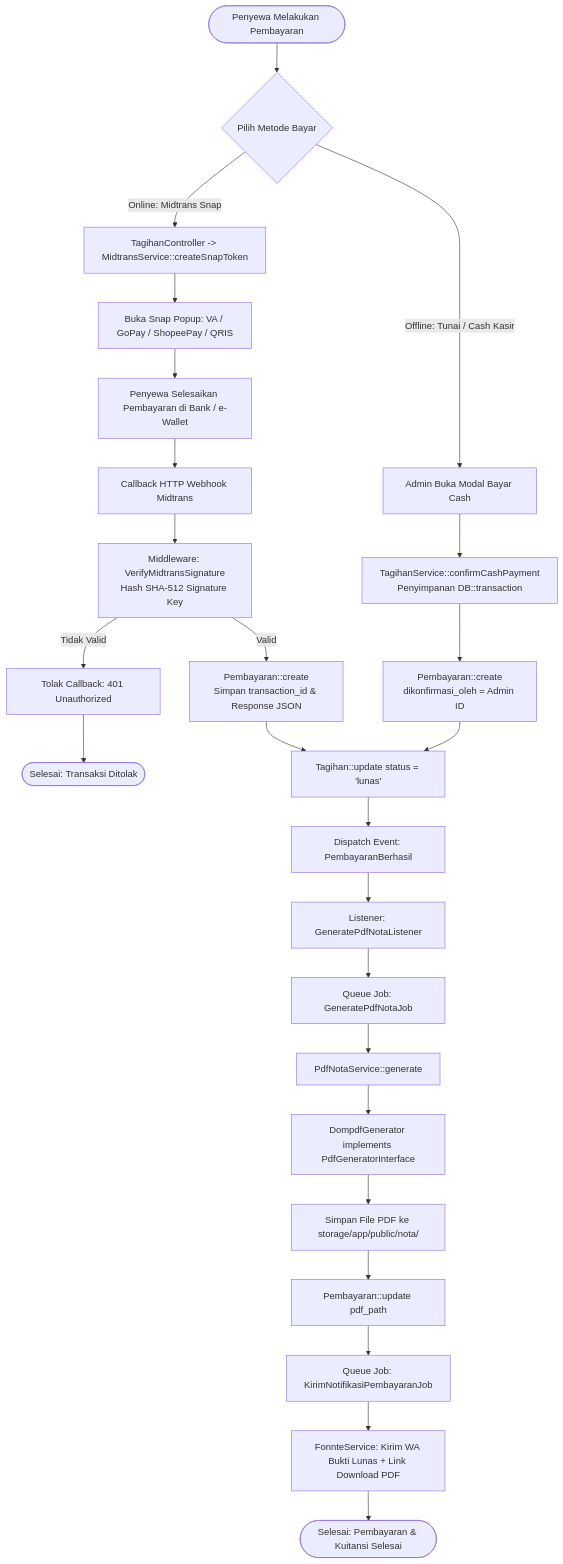
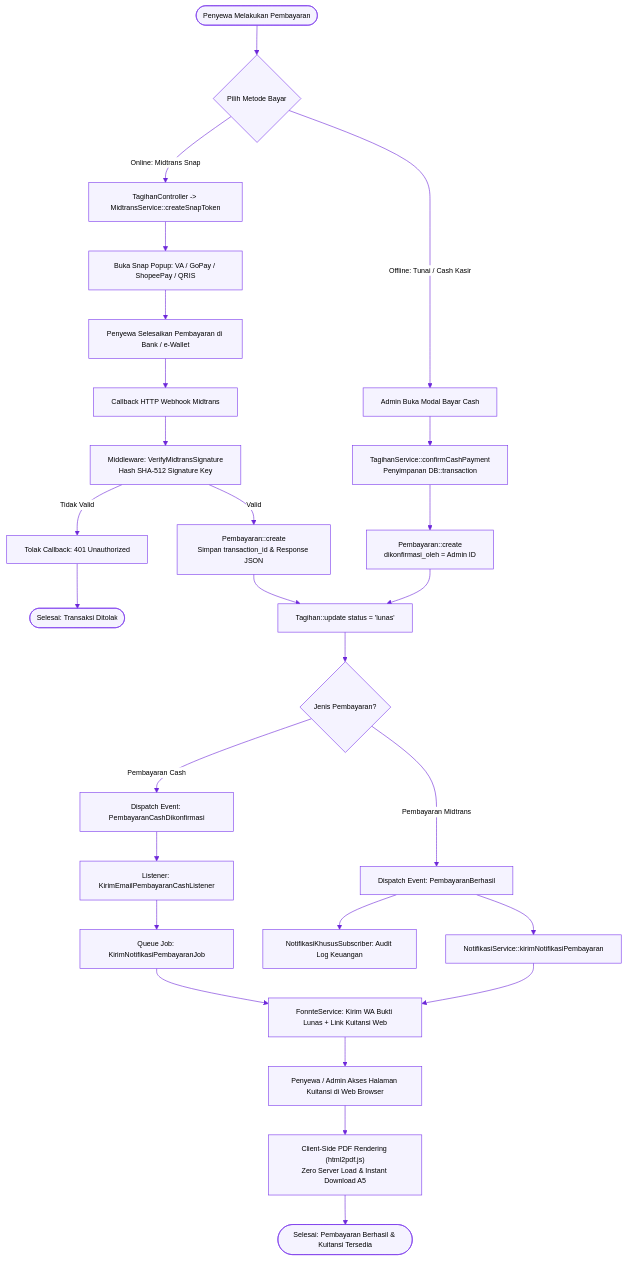
Before and after one commit to rafifarsyapradiva/asri-boarding-house: the tenth of 13 diagrams in Blueprint/Class_Diagram_Kost.md, drawn with Mermaid. The commit also changed other lines of this file and 28 other files, not shown here.

Commit message:
docs(class-diagram): finalisasi arsitektur objek, integrasi 21 model, eliminasi ghost classes & kompilasi 19 citra visual (v240.0)

````diff
--- a/Blueprint/Class_Diagram_Kost.md
+++ b/Blueprint/Class_Diagram_Kost.md
@@ -1023,35 +1477,53 @@
 ```mermaid
+%%{init: {
+  'theme': 'base',
+  'themeVariables': {
+    'primaryColor': '#F5F3FF',
+    'primaryTextColor': '#000000',
+    'primaryBorderColor': '#7C3AED',
+    'lineColor': '#6D28D9',
+    'secondaryColor': '#EDE9FE',
+    'tertiaryColor': '#FFFFFF',
+    'edgeLabelBackground': '#FFFFFF',
+    'fontSize': '12px',
+    'fontFamily': 'Inter, system-ui, sans-serif'
+  }
+}}%%
 flowchart TD
     Start([Penyewa Melakukan Pembayaran]) --> PaymentMethod{Pilih Metode Bayar}
     
     PaymentMethod -->|Online: Midtrans Snap| RequestSnap[TagihanController -> MidtransService::createSnapToken]
     RequestSnap --> ShowSnap[Buka Snap Popup: VA / GoPay / ShopeePay / QRIS]
     ShowSnap --> PayOnline[Penyewa Selesaikan Pembayaran di Bank / e-Wallet]
     PayOnline --> MidtransCallback[Callback HTTP Webhook Midtrans]
     
     MidtransCallback --> VerifyHMAC[Middleware: VerifyMidtransSignature<br>Hash SHA-512 Signature Key]
     VerifyHMAC -->|Tidak Valid| Reject401[Tolak Callback: 401 Unauthorized]
     Reject401 --> EndFail([Selesai: Transaksi Ditolak])
     
     VerifyHMAC -->|Valid| RecordMidtransPay[Pembayaran::create<br>Simpan transaction_id & Response JSON]
     
     PaymentMethod -->|Offline: Tunai / Cash Kasir| AdminCash[Admin Buka Modal Bayar Cash]
     AdminCash --> CallCashService[TagihanService::confirmCashPayment<br>Penyimpanan DB::transaction]
     CallCashService --> RecordCashPay[Pembayaran::create<br>dikonfirmasi_oleh = Admin ID]
     
     RecordMidtransPay --> UpdateTagihanLunas[Tagihan::update status = 'lunas']
     RecordCashPay --> UpdateTagihanLunas
     
-    UpdateTagihanLunas --> DispatchPayEvent[Dispatch Event: PembayaranBerhasil]
-    DispatchPayEvent --> ListenerPdf[Listener: GeneratePdfNotaListener]
+    UpdateTagihanLunas --> CashEventCheck{Jenis Pembayaran?}
+    CashEventCheck -->|Pembayaran Cash| DispatchCashEvent[Dispatch Event: PembayaranCashDikonfirmasi]
+    CashEventCheck -->|Pembayaran Midtrans| DispatchOnlineEvent[Dispatch Event: PembayaranBerhasil]
     
-    ListenerPdf --> QueuePdfJob[Queue Job: GeneratePdfNotaJob]
-    QueuePdfJob --> CallPdfService[PdfNotaService::generate]
-    CallPdfService --> CallEngine["DompdfGenerator implements PdfGeneratorInterface"]
-    CallEngine --> SavePdfFile[Simpan File PDF ke storage/app/public/nota/]
-    SavePdfFile --> UpdatePdfPath[Pembayaran::update pdf_path]
+    DispatchCashEvent --> ListenerCash[Listener: KirimEmailPembayaranCashListener]
+    ListenerCash --> QueueNotifJob[Queue Job: KirimNotifikasiPembayaranJob]
     
-    UpdatePdfPath --> DispatchNotifJob[Queue Job: KirimNotifikasiPembayaranJob]
-    DispatchNotifJob --> SendReceiptWA[FonnteService: Kirim WA Bukti Lunas + Link Download PDF]
-    SendReceiptWA --> EndSuccess([Selesai: Pembayaran & Kuitansi Selesai])
+    DispatchOnlineEvent --> SubscriberAudit[NotifikasiKhususSubscriber: Audit Log Keuangan]
+    DispatchOnlineEvent --> DirectNotif[NotifikasiService::kirimNotifikasiPembayaran]
+    
+    QueueNotifJob --> SendReceiptWA[FonnteService: Kirim WA Bukti Lunas + Link Kuitansi Web]
+    DirectNotif --> SendReceiptWA
+    
+    SendReceiptWA --> UserOpenReceipt[Penyewa / Admin Akses Halaman Kuitansi di Web Browser]
+    UserOpenReceipt --> ClientRender["Client-Side PDF Rendering (html2pdf.js)<br>Zero Server Load & Instant Download A5"]
+    ClientRender --> EndSuccess([Selesai: Pembayaran Berhasil & Kuitansi Tersedia])
 ```
````
